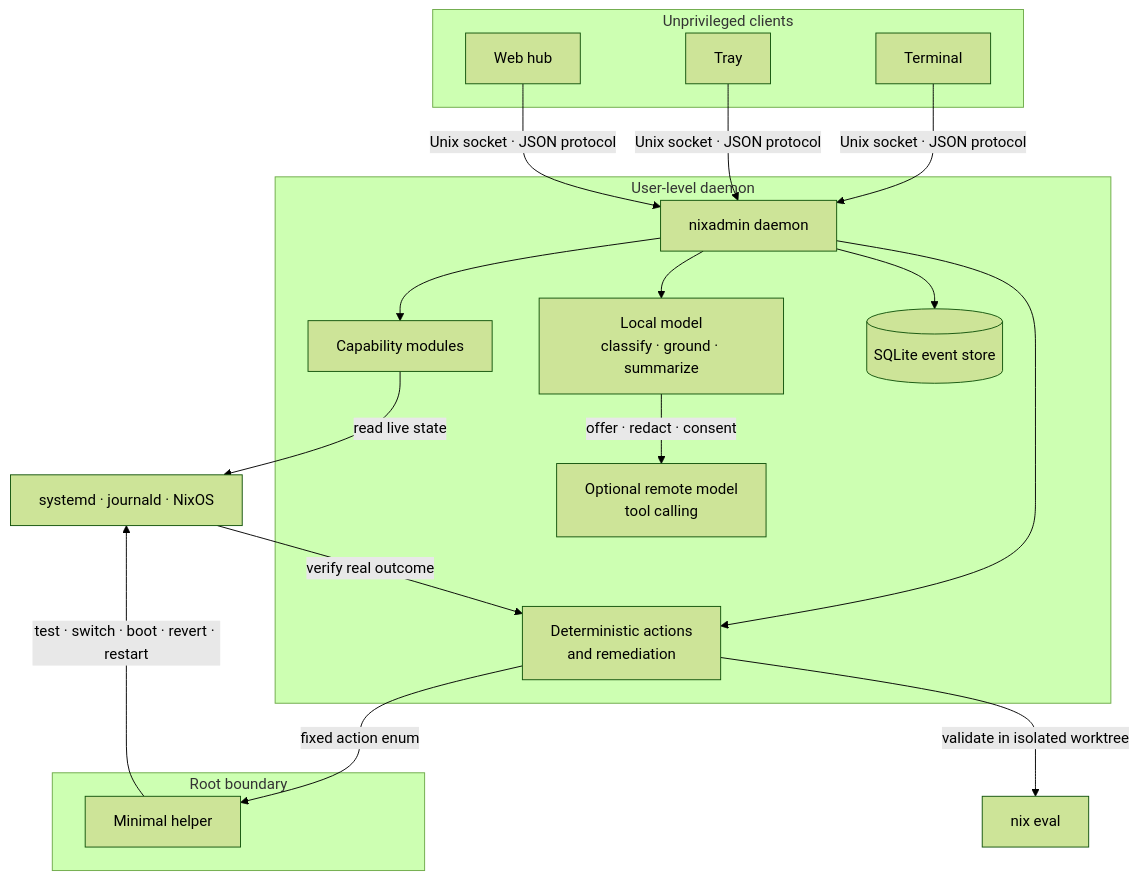
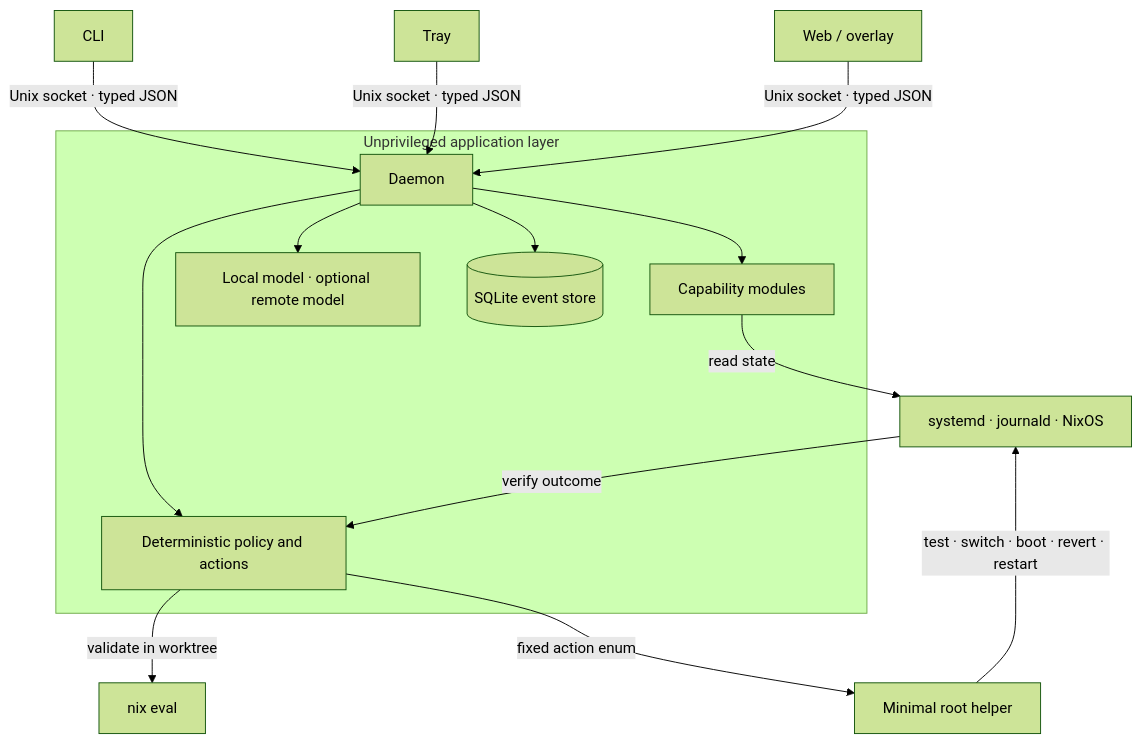
One commit to hinstef/nixadmin changed the diagram in README.md. Above: the diagram before and after it, drawn with Mermaid (forest theme). The commit also changed other lines of this file and 5 other files, not shown here.

````diff
--- a/README.md
+++ b/README.md
@@ -36,36 +32,19 @@
 ```mermaid
 flowchart TB
-    subgraph Clients[Unprivileged clients]
-        CLI[Terminal]
-        Tray[Tray]
-        Web[Web hub]
+    CLI[CLI] & Tray[Tray] & Web[Web / overlay] -->|Unix socket · typed JSON| Daemon
+
+    subgraph User[Unprivileged application layer]
+        Daemon[Daemon]
+        Modules[Capability modules]
+        Models[Local model · optional remote model]
+        Policy[Deterministic policy and actions]
+        Store[(SQLite event store)]
+        Daemon --> Modules & Models & Policy & Store
     end
 
-    CLI & Tray & Web -->|Unix socket · JSON protocol| Daemon
-
-    subgraph User[User-level daemon]
-        Daemon[nixadmin daemon]
-        Modules[Capability modules]
-        Local[Local model\nclassify · ground · summarize]
-        Remote[Optional remote model\ntool calling]
-        Actions[Deterministic actions\nand remediation]
-        Store[(SQLite event store)]
-
-        Daemon --> Modules
-        Daemon --> Local
-        Daemon --> Actions
-        Daemon --> Store
-        Local -->|offer · redact · consent| Remote
-    end
-
-    Modules -->|read live state| System[systemd · journald · NixOS]
-    Actions -->|validate in isolated worktree| NixEval[nix eval]
-    Actions -->|fixed action enum| Helper
-
-    subgraph Privileged[Root boundary]
-        Helper[Minimal helper]
-    end
-
+    Modules -->|read state| System[systemd · journald · NixOS]
+    Policy -->|validate in worktree| NixEval[nix eval]
+    Policy -->|fixed action enum| Helper[Minimal root helper]
     Helper -->|test · switch · boot · revert · restart| System
-    System -->|verify real outcome| Actions
+    System -->|verify outcome| Policy
 ```
````
